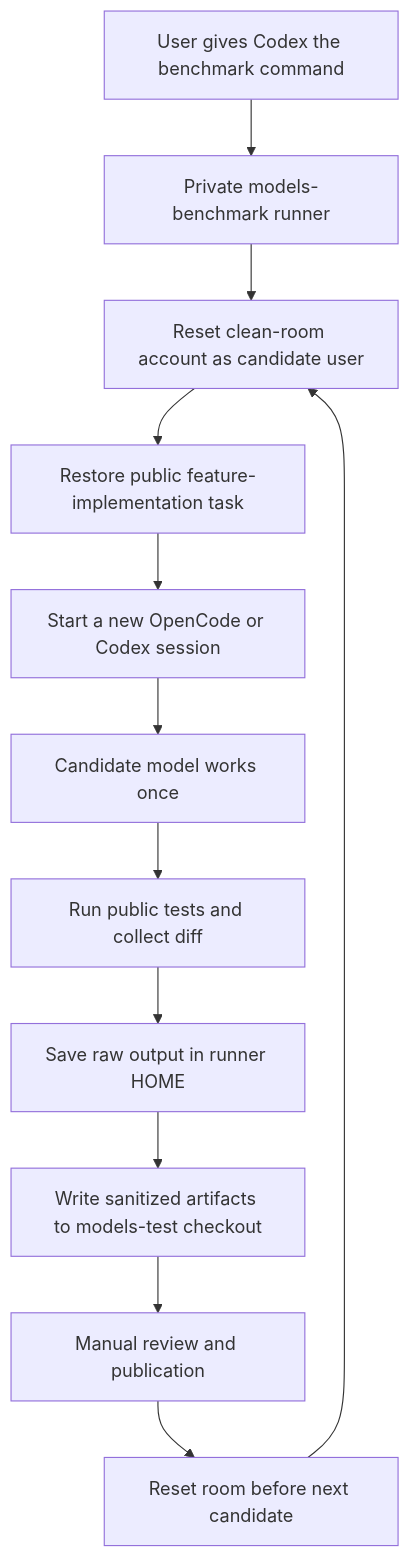
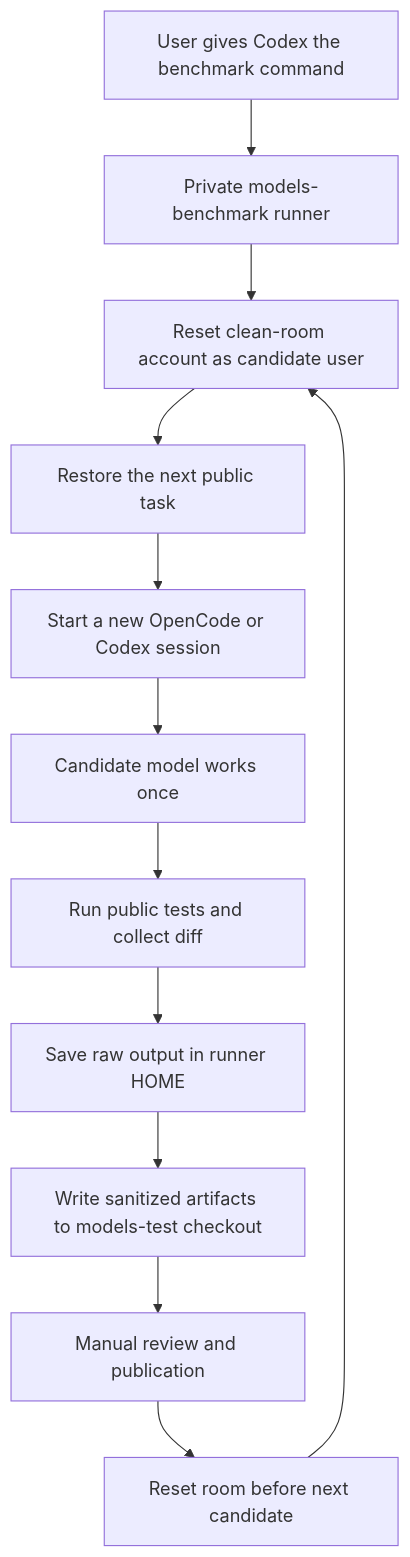
One commit to pickleshell/models-benchmark changed the diagram in README.md. Above: the diagram before and after it, drawn with Mermaid. The commit also changed other lines of this file and 4 other files, not shown here.

````diff
--- a/README.md
+++ b/README.md
@@ -106,14 +111,14 @@
 ```mermaid
 flowchart TD
     A[User gives Codex the benchmark command] --> B[Private models-benchmark runner]
     B --> C[Reset clean-room account as candidate user]
-    C --> D[Restore public feature-implementation task]
+    C --> D[Restore the next public task]
     D --> E[Start a new OpenCode or Codex session]
     E --> F[Candidate model works once]
     F --> G[Run public tests and collect diff]
     G --> H[Save raw output in runner HOME]
     H --> I[Write sanitized artifacts to models-test checkout]
     I --> J[Manual review and publication]
     J --> K[Reset room before next candidate]
     K --> C
 ```
````
